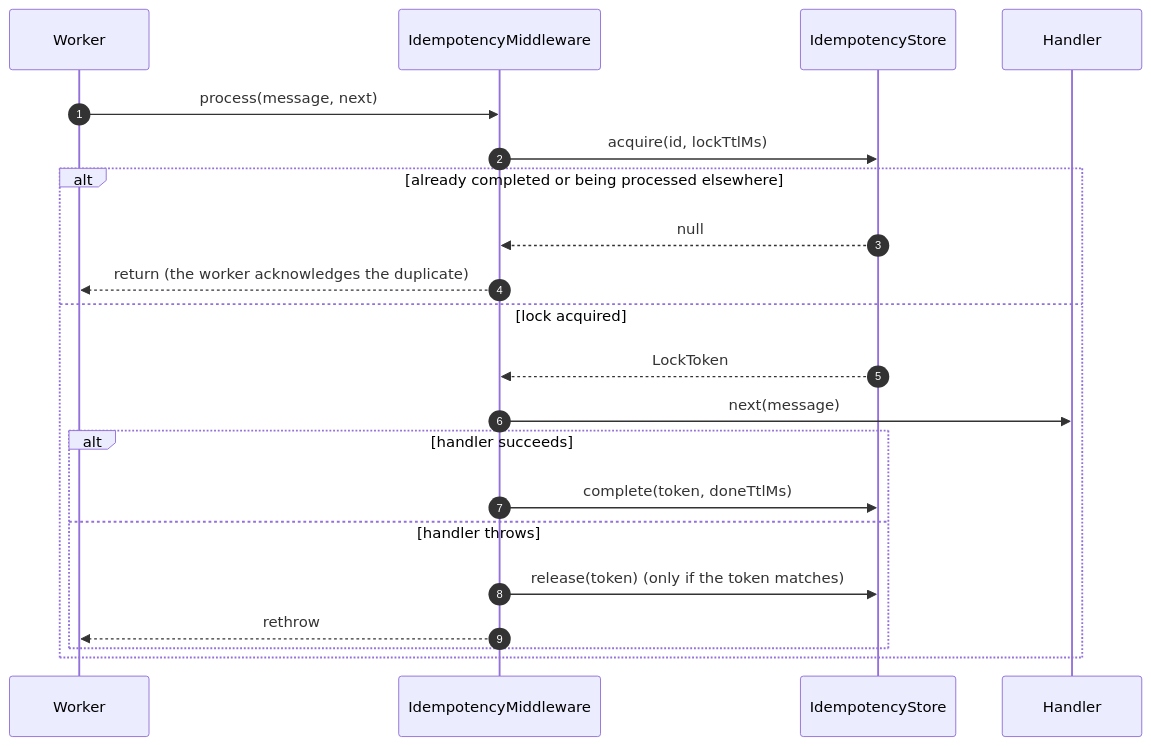
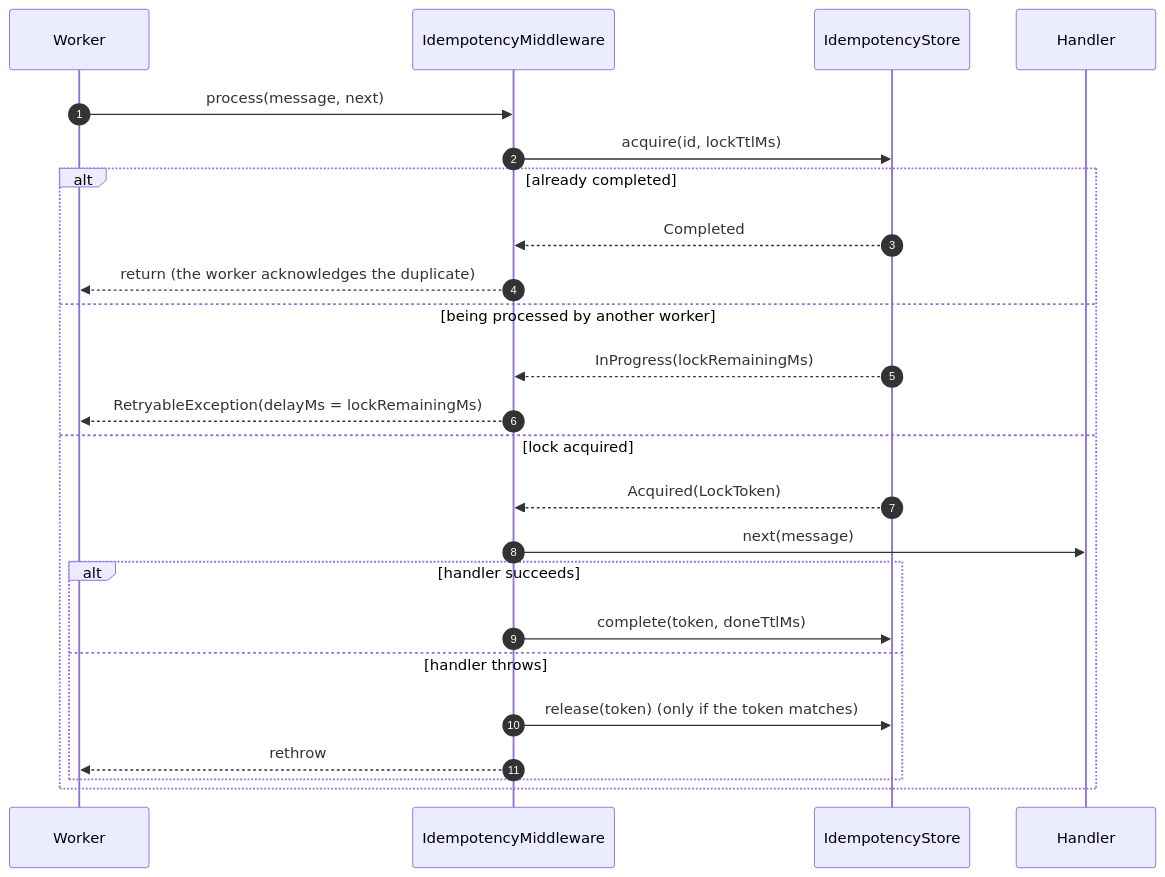
Diagram 16 of 24 in DOC.md (snipershady/queue-bridge), drawn with Mermaid before and after one commit. The commit also changed other lines of this file and 163 other files, not shown here.

````diff
--- a/DOC.md
+++ b/DOC.md
@@ -989,23 +995,26 @@
 ```mermaid
 sequenceDiagram
     autonumber
     participant W as Worker
     participant I as IdempotencyMiddleware
     participant S as IdempotencyStore
     participant H as Handler
     W->>I: process(message, next)
     I->>S: acquire(id, lockTtlMs)
-    alt already completed or being processed elsewhere
-        S-->>I: null
+    alt already completed
+        S-->>I: Completed
         I-->>W: return (the worker acknowledges the duplicate)
+    else being processed by another worker
+        S-->>I: InProgress(lockRemainingMs)
+        I-->>W: RetryableException(delayMs = lockRemainingMs)
     else lock acquired
-        S-->>I: LockToken
+        S-->>I: Acquired(LockToken)
         I->>H: next(message)
         alt handler succeeds
             I->>S: complete(token, doneTtlMs)
         else handler throws
             I->>S: release(token) (only if the token matches)
             I-->>W: rethrow
         end
     end
 ```
````
